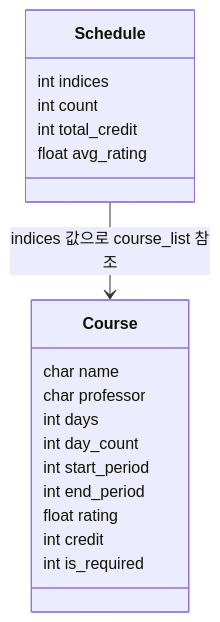
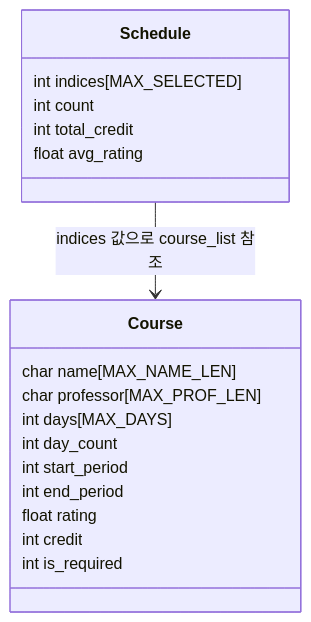
The second of 3 diagrams in docs/data-and-output-flow.md (saltyming/cau_schedule), drawn with Mermaid before and after one commit. The commit also changed other lines of this file and 5 other files, not shown here.

````diff
--- a/docs/data-and-output-flow.md
+++ b/docs/data-and-output-flow.md
@@ -33,23 +39,23 @@
 ```mermaid
 classDiagram
   class Course {
-    char name
-    char professor
-    int days
+    char name[MAX_NAME_LEN]
+    char professor[MAX_PROF_LEN]
+    int days[MAX_DAYS]
     int day_count
     int start_period
     int end_period
     float rating
     int credit
     int is_required
   }
 
   class Schedule {
-    int indices
+    int indices[MAX_SELECTED]
     int count
     int total_credit
     float avg_rating
   }
 
   Schedule --> Course : indices 값으로 course_list 참조
 ```
````
